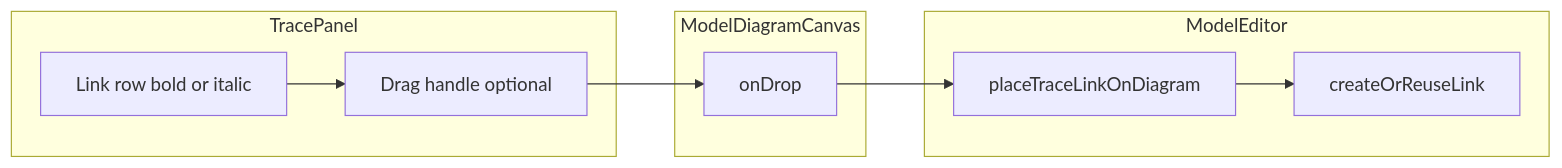
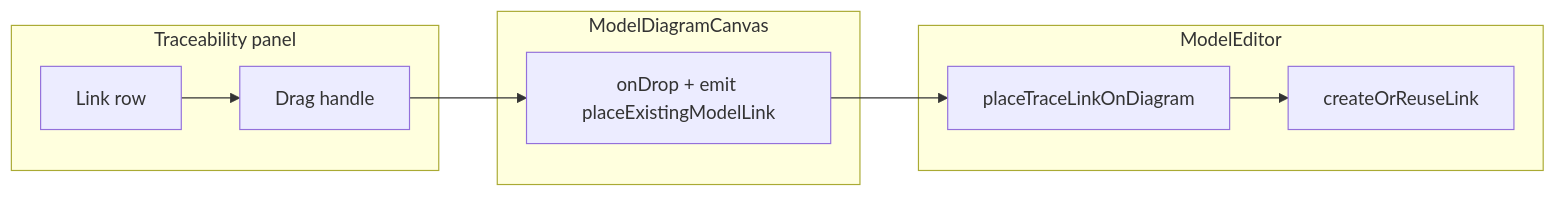
Before and after one commit to satellite13/warchi: the diagram in docs/plans/traceability-dnd-links.md, drawn with Mermaid. The commit also changed other lines of this file and 3 other files, not shown here.

````diff
--- a/docs/plans/traceability-dnd-links.md
+++ b/docs/plans/traceability-dnd-links.md
@@ -31,18 +32,18 @@
 ```mermaid
 flowchart LR
-  subgraph panel [TracePanel]
-    LinkRow[Link row bold or italic]
-    Drag[Drag handle optional]
+  subgraph panel [Traceability panel]
+    LinkRow[Link row]
+    Drag[Drag handle]
   end
   subgraph canvas [ModelDiagramCanvas]
-    Drop[onDrop]
+    Drop[onDrop + emit placeExistingModelLink]
   end
   subgraph editor [ModelEditor]
     Place[placeTraceLinkOnDiagram]
     Create[createOrReuseLink]
   end
   LinkRow --> Drag
   Drag --> Drop
   Drop --> Place
   Place --> Create
 ```
````
